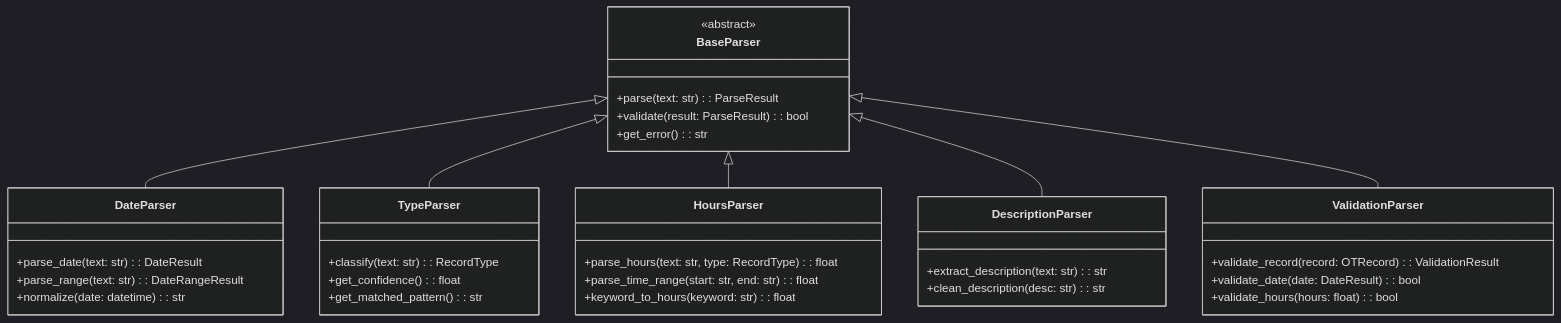
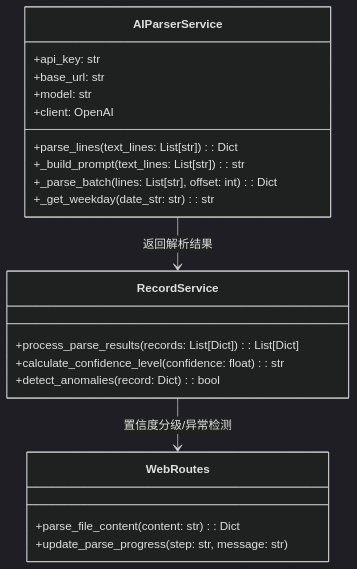
Before and after one commit to liushuo-rance/cal_worktree_test: the third of 4 diagrams in docs/03-data-parsing-strategy.md, drawn with Mermaid (dark theme). The commit also changed other lines of this file and 71 other files, not shown here.

````diff
--- a/docs/03-data-parsing-strategy.md
+++ b/docs/03-data-parsing-strategy.md
@@ -430,44 +294,27 @@
 ```mermaid
 classDiagram
-    class BaseParser {
-        <<abstract>>
-        +parse(text: str): ParseResult
-        +validate(result: ParseResult): bool
-        +get_error(): str
+    class AIParserService {
+        +api_key: str
+        +base_url: str
+        +model: str
+        +client: OpenAI
+        +parse_lines(text_lines: List[str]): Dict
+        +_build_prompt(text_lines: List[str]): str
+        +_parse_batch(lines: List[str], offset: int): Dict
+        +_get_weekday(date_str: str): str
     }
 
-    class DateParser {
-        +parse_date(text: str): DateResult
-        +parse_range(text: str): DateRangeResult
-        +normalize(date: datetime): str
+    class RecordService {
+        +process_parse_results(records: List[Dict]): List[Dict]
+        +calculate_confidence_level(confidence: float): str
+        +detect_anomalies(record: Dict): bool
     }
 
-    class TypeParser {
-        +classify(text: str): RecordType
-        +get_confidence(): float
-        +get_matched_pattern(): str
+    class WebRoutes {
+        +parse_file_content(content: str): Dict
+        +update_parse_progress(step: str, message: str)
     }
 
-    class HoursParser {
-        +parse_hours(text: str, type: RecordType): float
-        +parse_time_range(start: str, end: str): float
-        +keyword_to_hours(keyword: str): float
-    }
-
-    class DescriptionParser {
-        +extract_description(text: str): str
-        +clean_description(desc: str): str
-    }
-
-    class ValidationParser {
-        +validate_record(record: OTRecord): ValidationResult
-        +validate_date(date: DateResult): bool
-        +validate_hours(hours: float): bool
-    }
-
-    BaseParser <|-- DateParser
-    BaseParser <|-- TypeParser
-    BaseParser <|-- HoursParser
-    BaseParser <|-- DescriptionParser
-    BaseParser <|-- ValidationParser
+    AIParserService --> RecordService : 返回解析结果
+    RecordService --> WebRoutes : 置信度分级/异常检测
 ```
````
